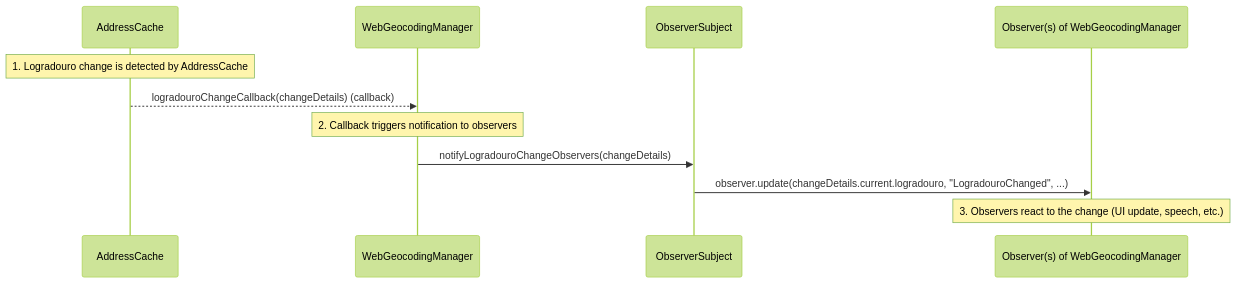
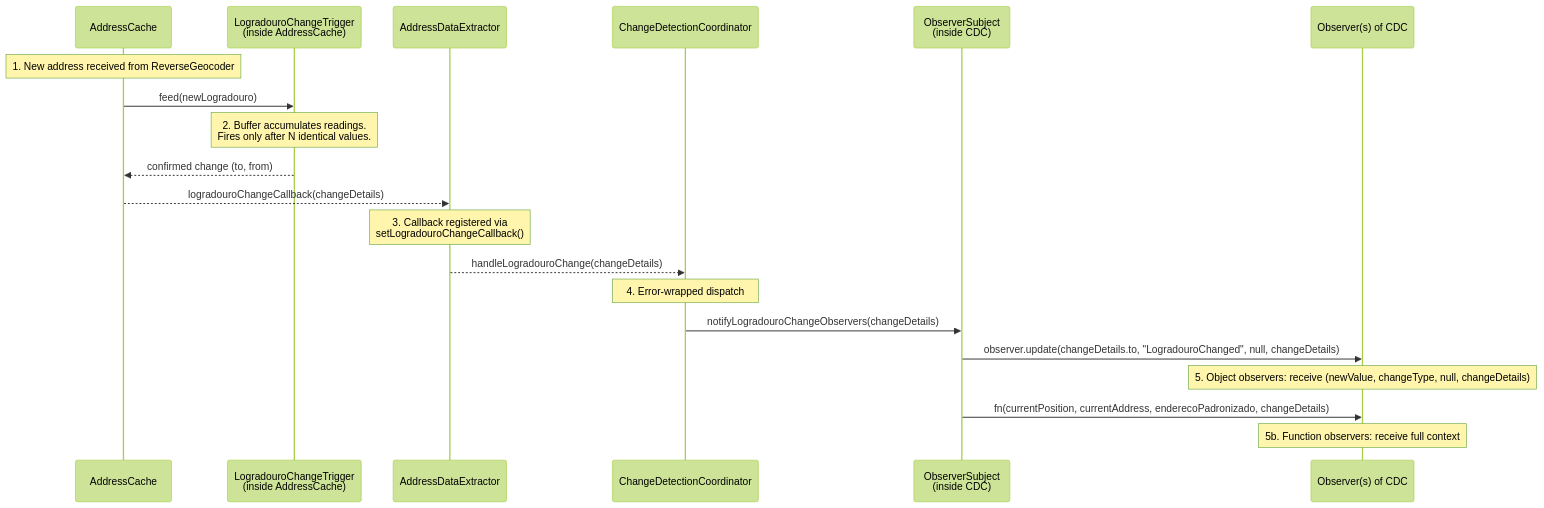
The second of 2 diagrams in docs/architecture/observer-pattern-sequence.md (mpbarbosa/guia.js), drawn with Mermaid (forest theme) before and after one commit. The commit also changed other lines of this file and 12 other files, not shown here.

````diff
--- a/docs/architecture/observer-pattern-sequence.md
+++ b/docs/architecture/observer-pattern-sequence.md
@@ -43,16 +48,26 @@
 ```mermaid
 sequenceDiagram
     participant AddressCache
-    participant WebGeocodingManager
-    participant ObserverSubject
-    participant ObserverX as Observer(s) of WebGeocodingManager
+    participant ConfirmBuffer as LogradouroChangeTrigger<br/>(inside AddressCache)
+    participant AddressDataExtractor
+    participant ChangeDetectionCoordinator
+    participant ObserverSubject as ObserverSubject<br/>(inside CDC)
+    participant ObserverX as Observer(s) of CDC
 
-    Note over AddressCache: 1. Logradouro change is detected by AddressCache
-    AddressCache-->>WebGeocodingManager: logradouroChangeCallback(changeDetails) (callback)
+    Note over AddressCache: 1. New address received from ReverseGeocoder
+    AddressCache->>ConfirmBuffer: feed(newLogradouro)
+    Note over ConfirmBuffer: 2. Buffer accumulates readings.<br/>Fires only after N identical values.
+    ConfirmBuffer-->>AddressCache: confirmed change (to, from)
 
-    Note over WebGeocodingManager: 2. Callback triggers notification to observers
-    WebGeocodingManager->>ObserverSubject: notifyLogradouroChangeObservers(changeDetails)
-    ObserverSubject->>ObserverX: observer.update(changeDetails.current.logradouro, "LogradouroChanged", ...)
+    AddressCache-->>AddressDataExtractor: logradouroChangeCallback(changeDetails)
+    Note over AddressDataExtractor: 3. Callback registered via<br/>setLogradouroChangeCallback()
 
-    Note over ObserverX: 3. Observers react to the change (UI update, speech, etc.)
+    AddressDataExtractor-->>ChangeDetectionCoordinator: handleLogradouroChange(changeDetails)
+    Note over ChangeDetectionCoordinator: 4. Error-wrapped dispatch
+    ChangeDetectionCoordinator->>ObserverSubject: notifyLogradouroChangeObservers(changeDetails)
+
+    ObserverSubject->>ObserverX: observer.update(changeDetails.to, "LogradouroChanged", null, changeDetails)
+    Note over ObserverX: 5. Object observers: receive (newValue, changeType, null, changeDetails)
+    ObserverSubject->>ObserverX: fn(currentPosition, currentAddress, enderecoPadronizado, changeDetails)
+    Note over ObserverX: 5b. Function observers: receive full context
 ```
````
